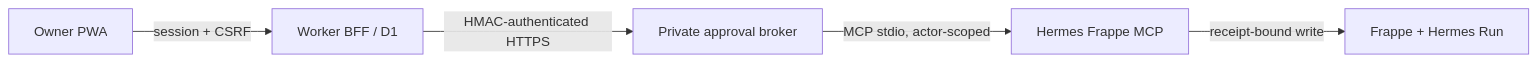
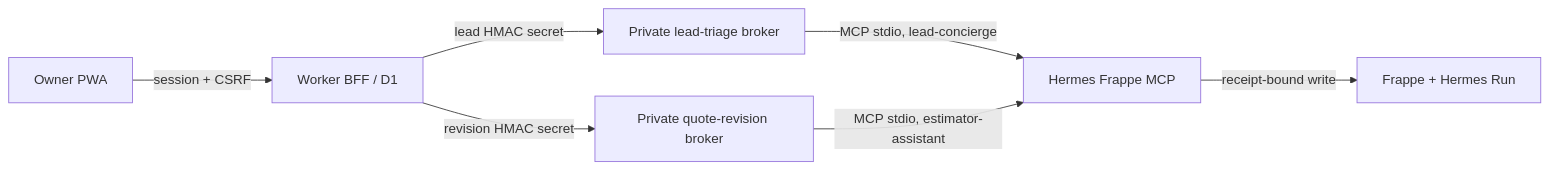
Before and after one commit to Iron-Wrap/ironwrap-os: the diagram in docs/APPROVAL-BROKER-CONTRACT.md, drawn with Mermaid. The commit also changed other lines of this file and 27 other files, not shown here.

Commit message:
feat(approvals): add isolated quote revision rail

````diff
--- a/docs/APPROVAL-BROKER-CONTRACT.md
+++ b/docs/APPROVAL-BROKER-CONTRACT.md
@@ -17,7 +29,9 @@
 ```mermaid
 flowchart LR
   PWA["Owner PWA"] -->|"session + CSRF"| Worker["Worker BFF / D1"]
-  Worker -->|"HMAC-authenticated HTTPS"| Broker["Private approval broker"]
-  Broker -->|"MCP stdio, actor-scoped"| MCP["Hermes Frappe MCP"]
+  Worker -->|"lead HMAC secret"| LeadBroker["Private lead-triage broker"]
+  Worker -->|"revision HMAC secret"| RevisionBroker["Private quote-revision broker"]
+  LeadBroker -->|"MCP stdio, lead-concierge"| MCP["Hermes Frappe MCP"]
+  RevisionBroker -->|"MCP stdio, estimator-assistant"| MCP
   MCP -->|"receipt-bound write"| Frappe["Frappe + Hermes Run"]
 ```
````
